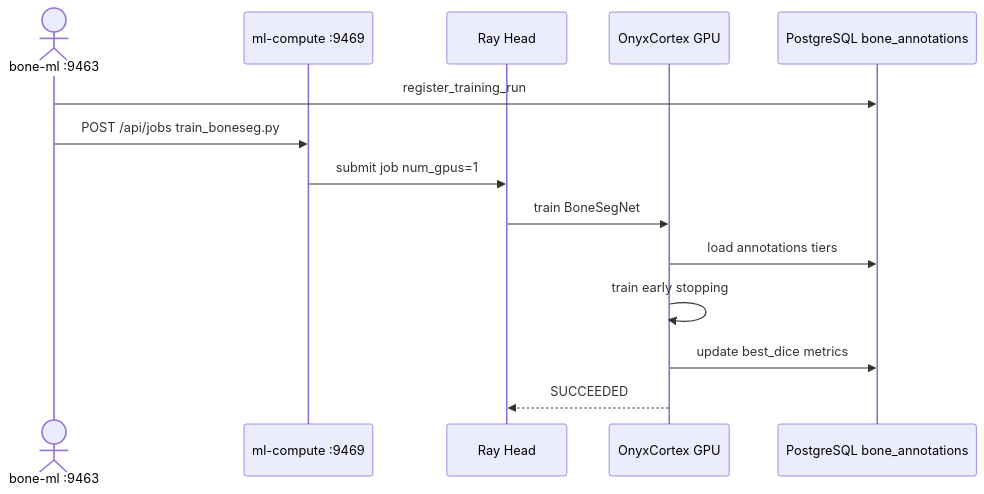
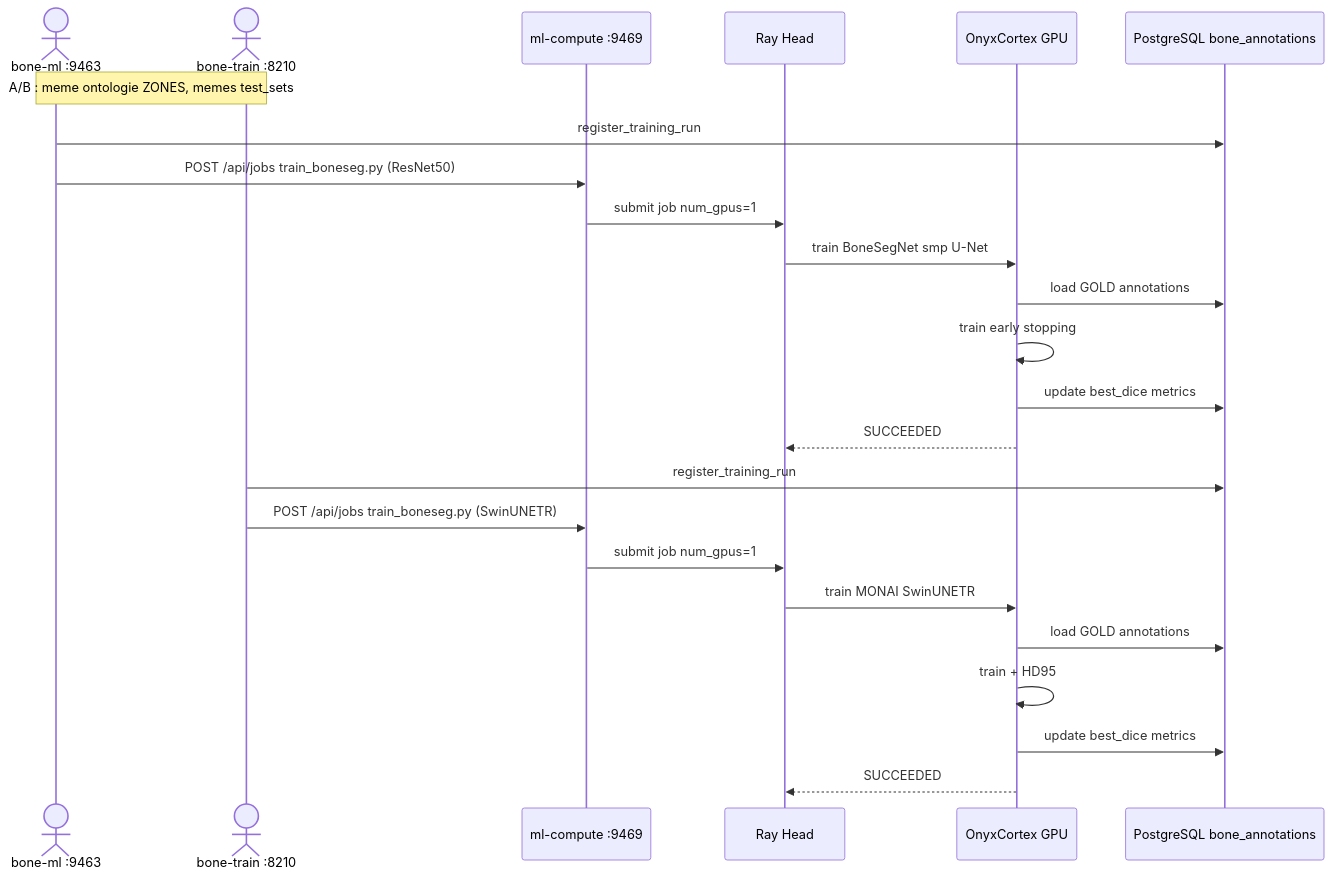
One commit to VersoVet/ml-compute changed the fourth of 7 diagrams in DIAGRAM.md. Above: the diagram before and after it, drawn with Mermaid. The commit also changed other lines of this file and 26 other files, not shown here.

````diff
--- a/DIAGRAM.md
+++ b/DIAGRAM.md
@@ -105,17 +105,29 @@
 ```mermaid
 sequenceDiagram
     actor BoneML as bone-ml :9463
+    actor BoneTrain as bone-train :8210
     participant API as ml-compute :9469
     participant Ray as Ray Head
     participant Worker as OnyxCortex GPU
     participant PG as PostgreSQL bone_annotations
 
+    Note over BoneML,BoneTrain: A/B : meme ontologie ZONES, memes test_sets
+
     BoneML->>PG: register_training_run
-    BoneML->>API: POST /api/jobs train_boneseg.py
+    BoneML->>API: POST /api/jobs train_boneseg.py (ResNet50)
     API->>Ray: submit job num_gpus=1
-    Ray->>Worker: train BoneSegNet
-    Worker->>PG: load annotations tiers
+    Ray->>Worker: train BoneSegNet smp U-Net
+    Worker->>PG: load GOLD annotations
     Worker->>Worker: train early stopping
     Worker->>PG: update best_dice metrics
     Worker-->>Ray: SUCCEEDED
+
+    BoneTrain->>PG: register_training_run
+    BoneTrain->>API: POST /api/jobs train_boneseg.py (SwinUNETR)
+    API->>Ray: submit job num_gpus=1
+    Ray->>Worker: train MONAI SwinUNETR
+    Worker->>PG: load GOLD annotations
+    Worker->>Worker: train + HD95
+    Worker->>PG: update best_dice metrics
+    Worker-->>Ray: SUCCEEDED
 ```
````
